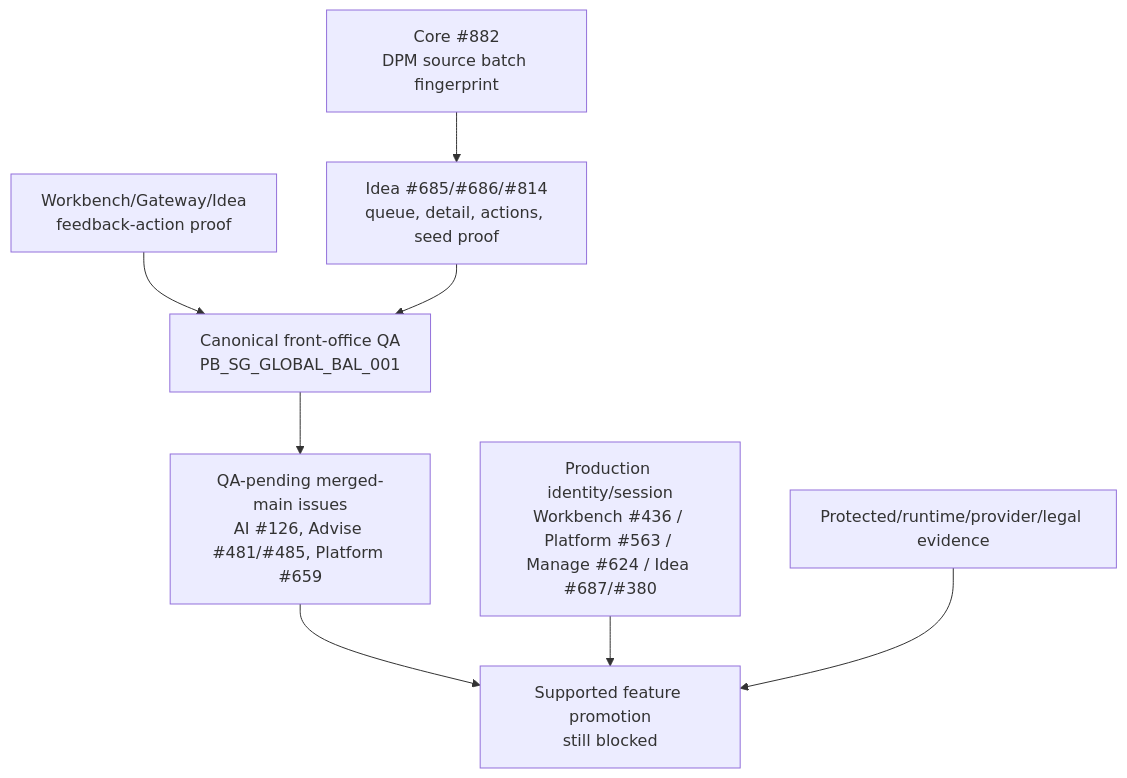
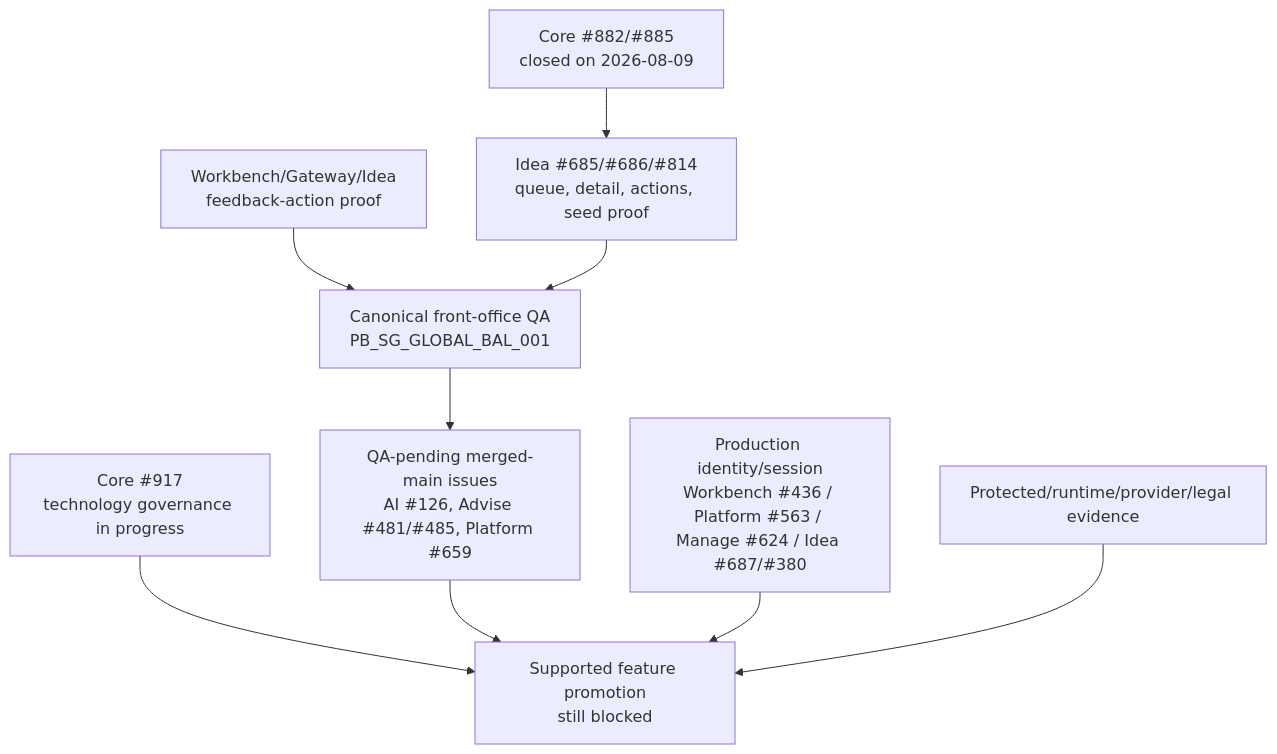
Before and after one commit to sgajbi/lotus-idea: the second of 2 diagrams in wiki/RFC-0002-Execution-Status.md, drawn with Mermaid. The commit also changed other lines of this file and 11 other files, not shown here.

````diff
--- a/wiki/RFC-0002-Execution-Status.md
+++ b/wiki/RFC-0002-Execution-Status.md
@@ -75,19 +75,21 @@
 ```mermaid
 flowchart TD
-    Core882["Core #882<br/>DPM source batch fingerprint"]
+    CoreClosed["Core #882/#885<br/>closed on 2026-08-09"]
     Feedback["Workbench/Gateway/Idea<br/>feedback-action proof"]
     CanonicalQA["Canonical front-office QA<br/>PB_SG_GLOBAL_BAL_001"]
     IdeaProof["Idea #685/#686/#814<br/>queue, detail, actions, seed proof"]
+    Core917["Core #917<br/>technology governance in progress"]
     QAPending["QA-pending merged-main issues<br/>AI #126, Advise #481/#485, Platform #659"]
     Support["Supported feature promotion<br/>still blocked"]
     Identity["Production identity/session<br/>Workbench #436 / Platform #563 / Manage #624 / Idea #687/#380"]
     Protected["Protected/runtime/provider/legal evidence"]
 
-    Core882 --> IdeaProof
+    CoreClosed --> IdeaProof
     Feedback --> CanonicalQA
     IdeaProof --> CanonicalQA
+    Core917 --> Support
     CanonicalQA --> QAPending
     QAPending --> Support
     Identity --> Support
     Protected --> Support
 ```
````
